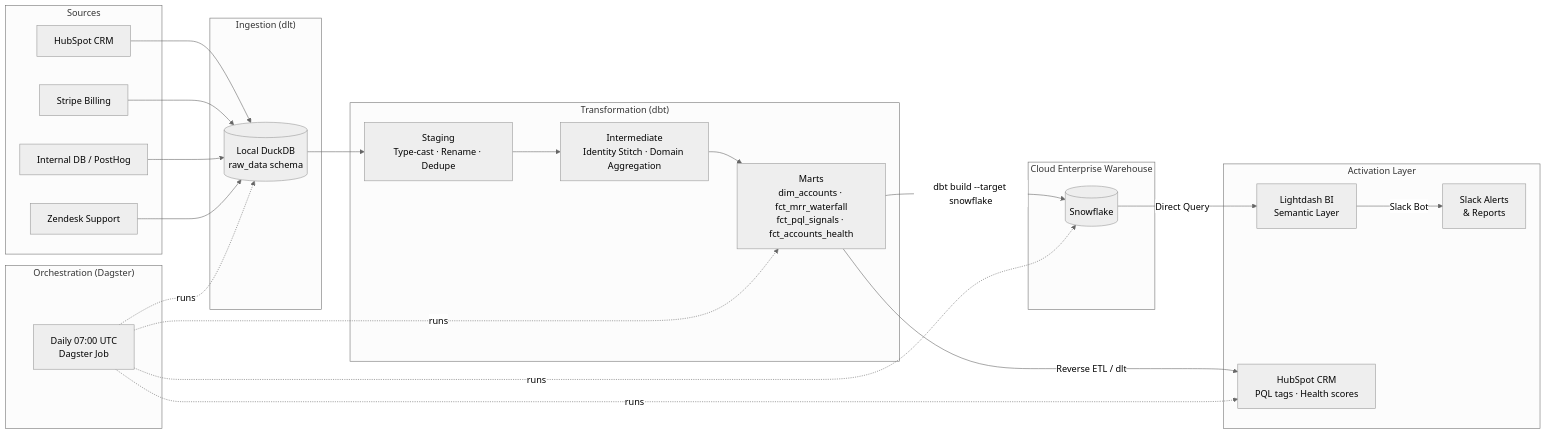
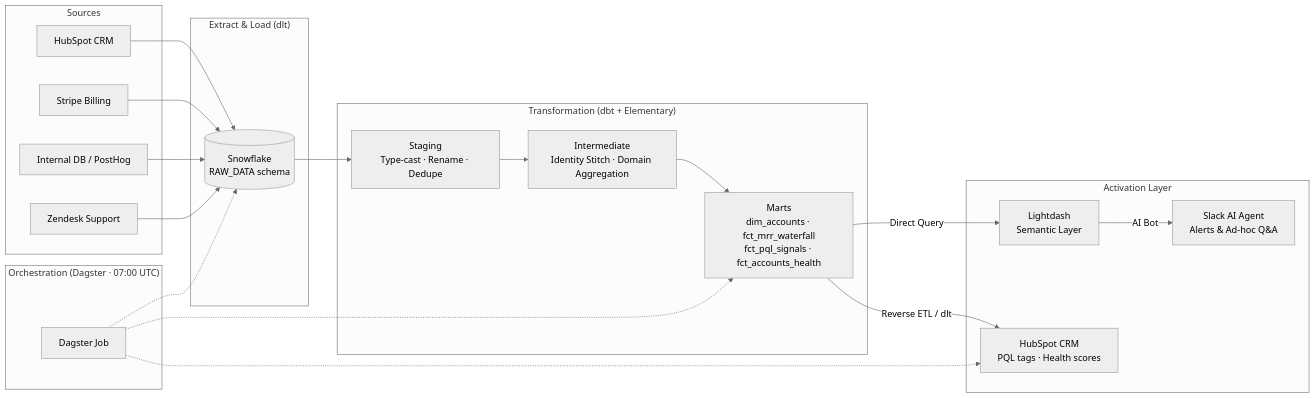
The diagram in README.md (farrux05-ai/b2b-saas-revops-intelligence), drawn with Mermaid (neutral theme) before and after one commit. The commit also changed other lines of this file, not shown here.

````diff
--- a/README.md
+++ b/README.md
@@ -94,39 +95,34 @@
 ```mermaid
 flowchart LR
     subgraph Sources
         HS[HubSpot CRM]
         ST[Stripe Billing]
         IN[Internal DB / PostHog]
         ZD[Zendesk Support]
     end
 
-    subgraph Ingestion ["Ingestion (dlt)"]
-        HS --> RAW[(Local DuckDB\nraw_data schema)]
+    subgraph Ingestion ["Extract & Load (dlt)"]
+        HS --> RAW[(Snowflake\nRAW_DATA schema)]
         ST --> RAW
         IN --> RAW
         ZD --> RAW
     end
 
-    subgraph Transform ["Transformation (dbt)"]
+    subgraph Transform ["Transformation (dbt + Elementary)"]
         RAW --> STG[Staging\nType-cast · Rename · Dedupe]
         STG --> INT[Intermediate\nIdentity Stitch · Domain Aggregation]
         INT --> MARTS[Marts\ndim_accounts · fct_mrr_waterfall\nfct_pql_signals · fct_accounts_health]
     end
 
-    subgraph Cloud ["Cloud Enterprise Warehouse"]
-        MARTS --> |dbt build --target snowflake| SF[(Snowflake)]
-    end
-
     subgraph Activation ["Activation Layer"]
-        SF --> |Direct Query| LD[Lightdash BI\nSemantic Layer]
-        LD --> |Slack Bot| SL[Slack Alerts\n& Reports]
+        MARTS --> |Direct Query| LD[Lightdash\nSemantic Layer]
+        LD --> |AI Bot| SL[Slack AI Agent\nAlerts & Ad-hoc Q&A]
         MARTS --> |Reverse ETL / dlt| HS2[HubSpot CRM\nPQL tags · Health scores]
     end
 
-    subgraph Orchestration ["Orchestration (Dagster)"]
-        ORCH[Daily 07:00 UTC\nDagster Job] -.-> |runs| RAW
-        ORCH -.-> |runs| MARTS
-        ORCH -.-> |runs| SF
-        ORCH -.-> |runs| HS2
+    subgraph Orchestration ["Orchestration (Dagster · 07:00 UTC)"]
+        ORCH[Dagster Job] -.-> RAW
+        ORCH -.-> MARTS
+        ORCH -.-> HS2
     end
 ```
````
